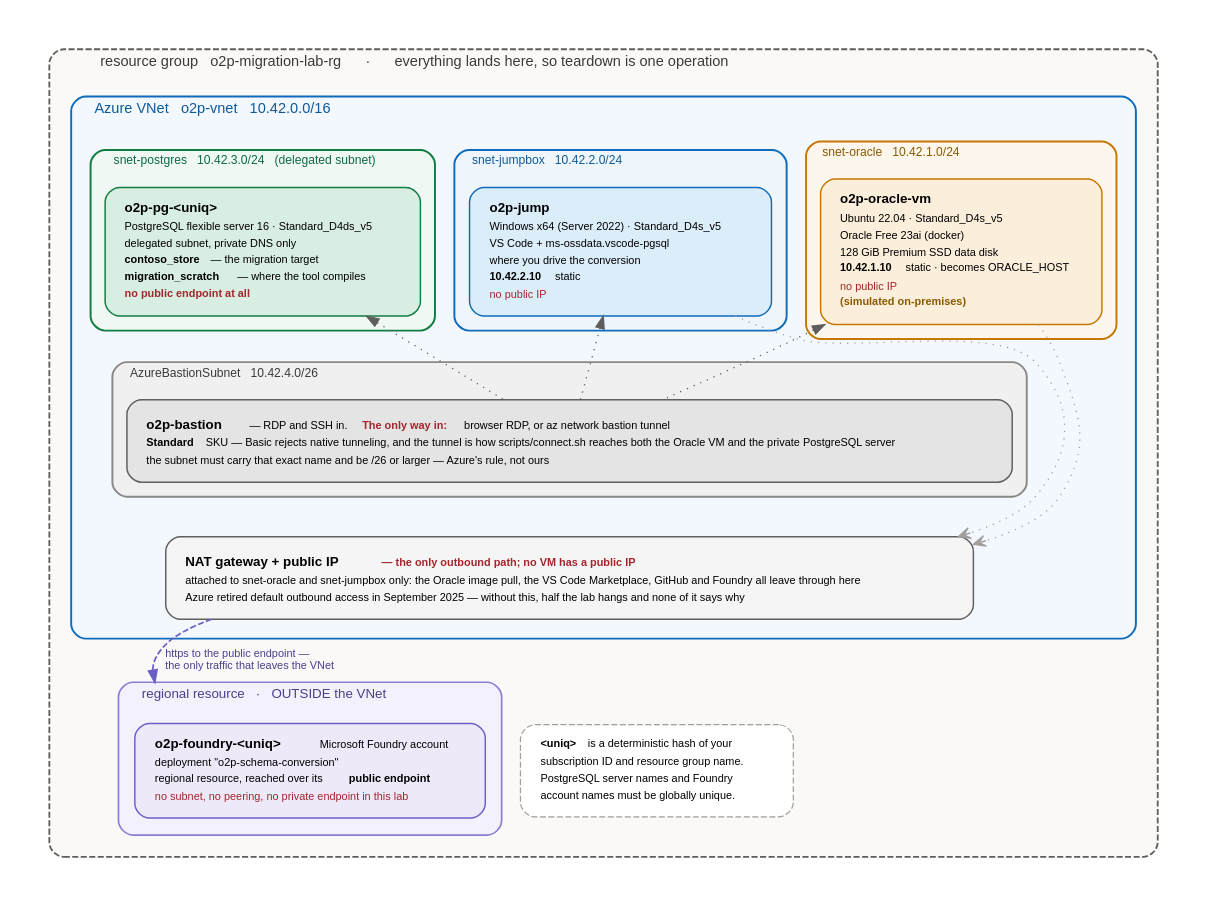
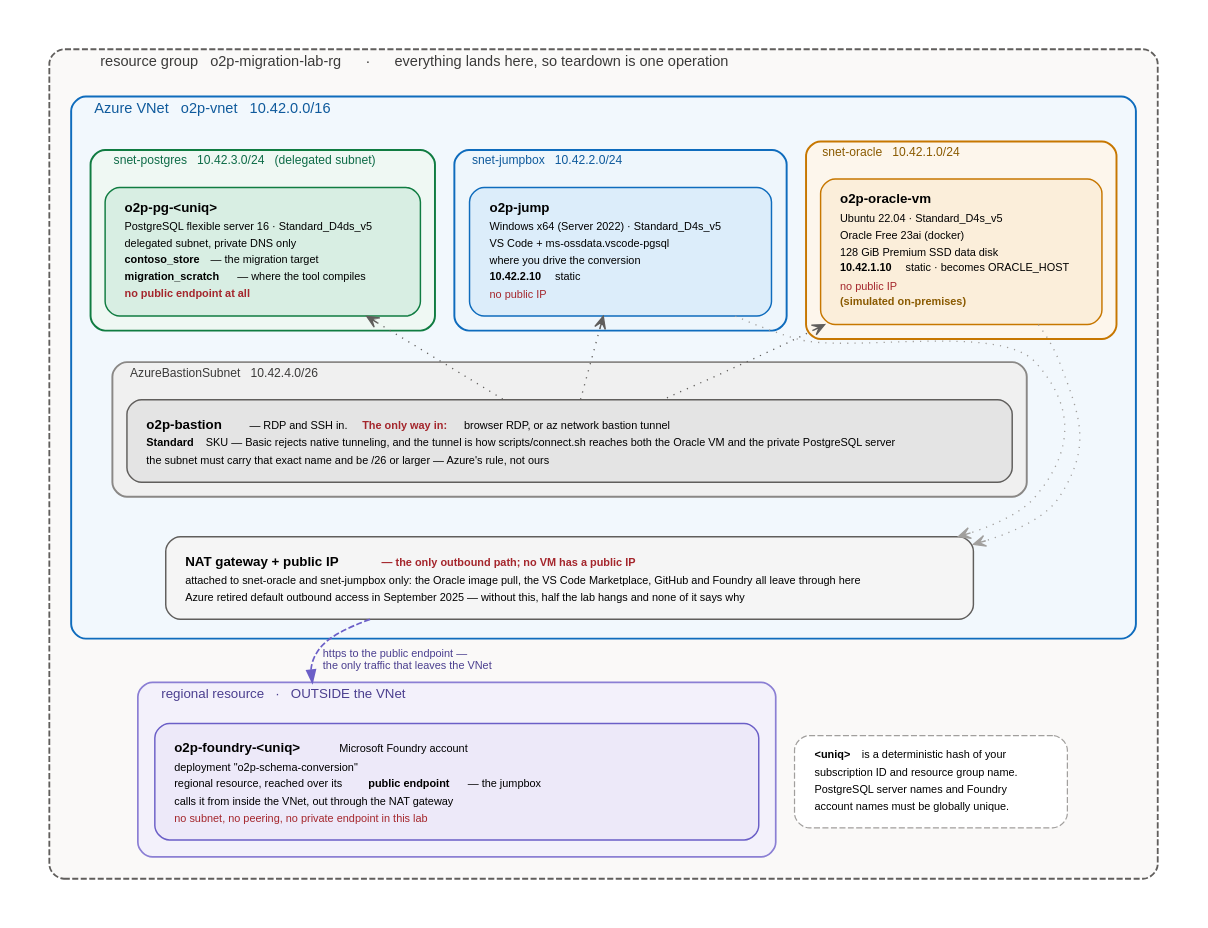
One commit to kloba/oracle-to-postgres-migration-lab changed the diagram in docs/images/network-topology.dot. Above: the diagram before and after it, drawn with Graphviz. The commit also changed 3 other files, not shown here.

```diff
--- a/docs/images/network-topology.dot
+++ b/docs/images/network-topology.dot
@@ -173,9 +173,11 @@
 
       foundry [fillcolor="#EDE9F9" color="#6B5FC7" label=<
         <table border="0" cellborder="0" cellspacing="0">
+          <tr><td width="470" height="1"></td></tr>
           <tr><td align="left"><b>o2p-foundry-&lt;uniq&gt;</b>   <font point-size="9">Microsoft Foundry account</font></td></tr>
           <tr><td align="left"><font point-size="9">deployment "o2p-schema-conversion"</font></td></tr>
-          <tr><td align="left"><font point-size="9">regional resource, reached over its <b>public endpoint</b></font></td></tr>
+          <tr><td align="left"><font point-size="9">regional resource, reached over its <b>public endpoint</b> — the jumpbox</font></td></tr>
+          <tr><td align="left"><font point-size="9">calls it from inside the VNet, out through the NAT gateway</font></td></tr>
           <tr><td align="left"><font point-size="9" color="#A4262C">no subnet, no peering, no private endpoint in this lab</font></td></tr>
         </table>>];
     }
@@ -191,11 +193,12 @@
   }
 
   // ------------------------------------------------------------------- flows
-  // Sessions arrive at the workloads from Bastion; the arrowheads point the way
-  // the connection is made, the ranks point the way the ASCII drew it.
-  oraclevm -> bastion [dir=back style=dotted arrowhead=vee color="#605E5C"];
-  jumpbox  -> bastion [dir=back style=dotted arrowhead=vee color="#605E5C"];
-  postgres -> bastion [dir=back style=dotted arrowhead=vee color="#605E5C"];
+  // Sessions arrive at the workloads from Bastion, so the edges are declared
+  // upward and drawn with dir=back: the rank order stays the way the ASCII drew
+  // it, and the arrowhead still points the way the connection is made.
+  oraclevm -> bastion [dir=back arrowtail=vee style=dotted color="#605E5C"];
+  jumpbox  -> bastion [dir=back arrowtail=vee style=dotted color="#605E5C"];
+  postgres -> bastion [dir=back arrowtail=vee style=dotted color="#605E5C"];
 
   oraclevm -> nat [style=dotted arrowhead=vee color="#A19F9D"];
   jumpbox  -> nat [style=dotted arrowhead=vee color="#A19F9D"];
```
